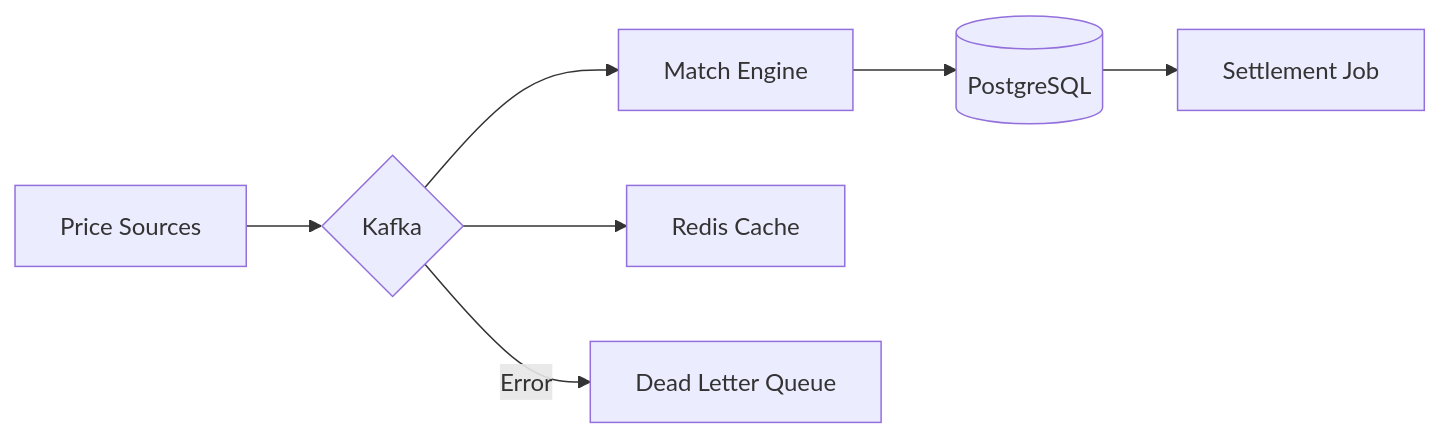
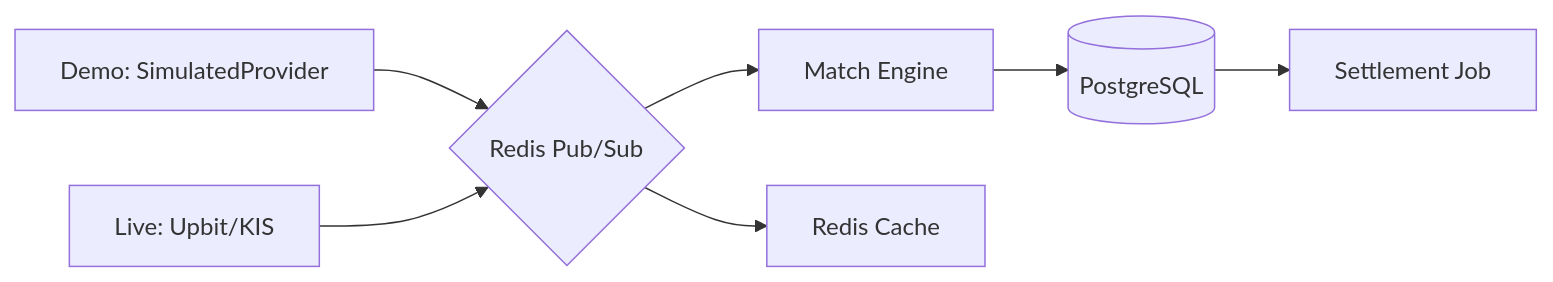
Before and after one commit to piker0925/CoinVest: the diagram in README.md, drawn with Mermaid. The commit also changed other lines of this file and 3 other files, not shown here.

````diff
--- a/README.md
+++ b/README.md
@@ -68,9 +73,9 @@
 ```mermaid
 graph LR
-    Price[Price Sources] --> Kafka{Kafka}
-    Kafka --> Engine[Match Engine]
-    Kafka --> Cache[Redis Cache]
+    Demo[Demo: SimulatedProvider] --> PubSub{Redis Pub/Sub}
+    Live[Live: Upbit/KIS] --> PubSub
+    PubSub --> Engine[Match Engine]
+    PubSub --> Cache[Redis Cache]
     Engine --> DB[(PostgreSQL)]
     DB --> Batch[Settlement Job]
-    Kafka -- Error --> DLQ[Dead Letter Queue]
 ```
````
